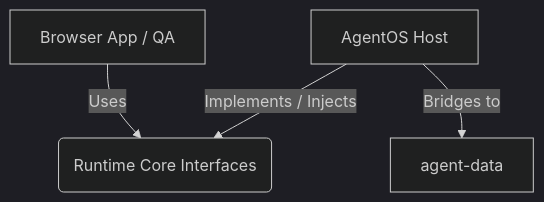
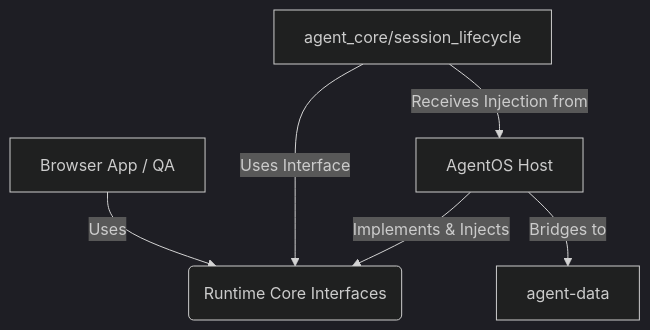
The diagram in ARCHITECTURE_CORE_REFACTOR.md (alston-personal/agentmanager), drawn with Mermaid (dark theme) before and after one commit. The commit also changed other lines of this file and 7 other files, not shown here.

Commit message:
Refactor: Runtime Core / AgentOS Host Decoupling Phase 2.5

````diff
--- a/ARCHITECTURE_CORE_REFACTOR.md
+++ b/ARCHITECTURE_CORE_REFACTOR.md
@@ -24,6 +24,8 @@
 ```mermaid
 graph TD
     A[Browser App / QA] -->|Uses| B(Runtime Core Interfaces)
-    C[AgentOS Host] -->|Implements / Injects| B
+    C[AgentOS Host] -->|Implements & Injects| B
     C -->|Bridges to| D[agent-data]
+    E[agent_core/session_lifecycle] -->|Uses Interface| B
+    E -->|Receives Injection from| C
 ```
````
